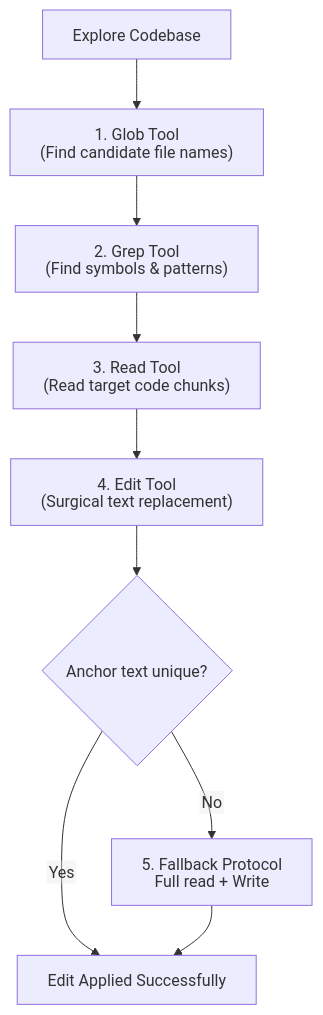
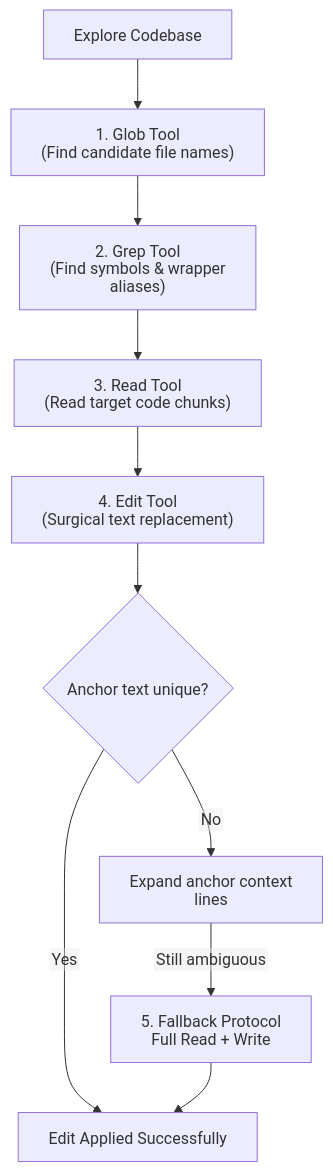
One commit to dip4k/claude_cert_architect_foundation_prep changed the fourth of 8 diagrams in EXAM_REFRESHER.md. Above: the diagram before and after it, drawn with Mermaid. The commit also changed other lines of this file and 56 other files, not shown here.

Commit message:
docs: improve beginner clarity, flow, Mermaid compliance across domains and expand EXAM_REFRESHER to all 30 TS

````diff
--- a/EXAM_REFRESHER.md
+++ b/EXAM_REFRESHER.md
@@ -279,15 +679,16 @@
 ```mermaid
 ---
 config:
   htmlLabels: false
 ---
 flowchart TD
     Start["Explore Codebase"] --> Glob["1. Glob Tool<br>(Find candidate file names)"]
-    Glob --> Grep["2. Grep Tool<br>(Find symbols & patterns)"]
+    Glob --> Grep["2. Grep Tool<br>(Find symbols & wrapper aliases)"]
     Grep --> Read["3. Read Tool<br>(Read target code chunks)"]
     Read --> Edit["4. Edit Tool<br>(Surgical text replacement)"]
     Edit --> Collision{"Anchor text unique?"}
     Collision -->|"Yes"| Done["Edit Applied Successfully"]
-    Collision -->|"No"| Fallback["5. Fallback Protocol<br>Full read + Write"]
+    Collision -->|"No"| Expand["Expand anchor context lines"]
+    Expand -->|"Still ambiguous"| Fallback["5. Fallback Protocol<br>Full Read + Write"]
     Fallback --> Done
 ```
````
